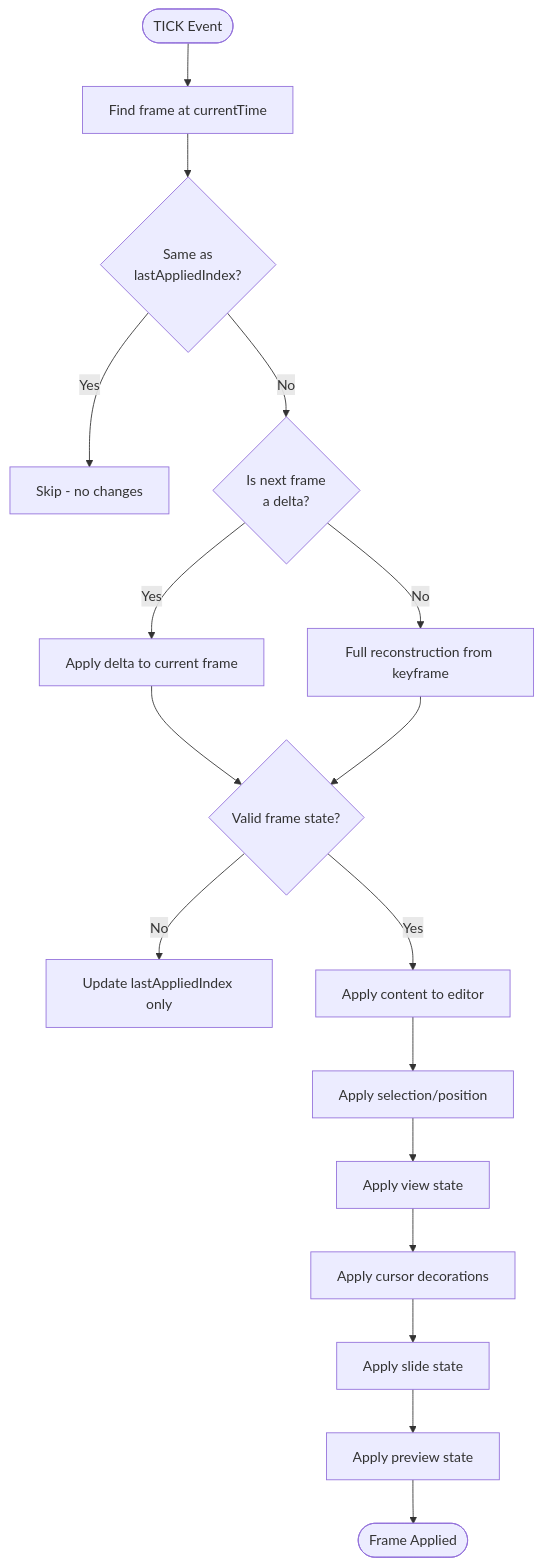
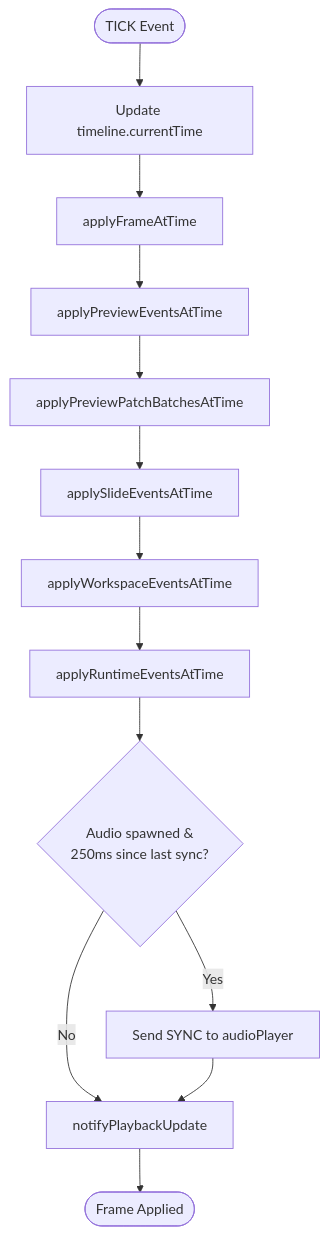
The sixth of 6 diagrams in docs/data-flow.md (channyeintun/next-editor), drawn with Mermaid before and after one commit. The commit also changed other lines of this file and 3 other files, not shown here.

````diff
--- a/docs/data-flow.md
+++ b/docs/data-flow.md
@@ -242,24 +215,15 @@
 ```mermaid
 flowchart TB
-    Start([TICK Event]) --> FindIndex[Find frame at currentTime]
-    FindIndex --> CheckIndex{Same as<br/>lastAppliedIndex?}
-
-    CheckIndex -->|Yes| Skip[Skip - no changes]
-    CheckIndex -->|No| CheckDelta{Is next frame<br/>a delta?}
-
-    CheckDelta -->|Yes| ApplyDelta[Apply delta to current frame]
-    CheckDelta -->|No| Reconstruct[Full reconstruction from keyframe]
-
-    ApplyDelta --> Validate{Valid frame state?}
-    Reconstruct --> Validate
-
-    Validate -->|No| UpdateIndex[Update lastAppliedIndex only]
-    Validate -->|Yes| ApplyContent[Apply content to editor]
-
-    ApplyContent --> ApplySelection[Apply selection/position]
-    ApplySelection --> ApplyView[Apply view state]
-    ApplyView --> ApplyDecorations[Apply cursor decorations]
-    ApplyDecorations --> ApplySlides[Apply slide state]
-    ApplySlides --> ApplyPreview[Apply preview state]
-    ApplyPreview --> Done([Frame Applied])
+    Start([TICK Event]) --> UpdateTimeline[Update timeline.currentTime]
+    UpdateTimeline --> ApplyFrame[applyFrameAtTime]
+    ApplyFrame --> ApplyPreviewEvents[applyPreviewEventsAtTime]
+    ApplyPreviewEvents --> ApplyPreviewPatches[applyPreviewPatchBatchesAtTime]
+    ApplyPreviewPatches --> ApplySlides[applySlideEventsAtTime]
+    ApplySlides --> ApplyWorkspace[applyWorkspaceEventsAtTime]
+    ApplyWorkspace --> ApplyRuntime[applyRuntimeEventsAtTime]
+    ApplyRuntime --> SyncAudio{Audio spawned &<br/>250ms since last sync?}
+    SyncAudio -->|Yes| SyncAudioActor[Send SYNC to audioPlayer]
+    SyncAudio -->|No| NotifyUpdate
+    SyncAudioActor --> NotifyUpdate[notifyPlaybackUpdate]
+    NotifyUpdate --> Done([Frame Applied])
 ```
````
